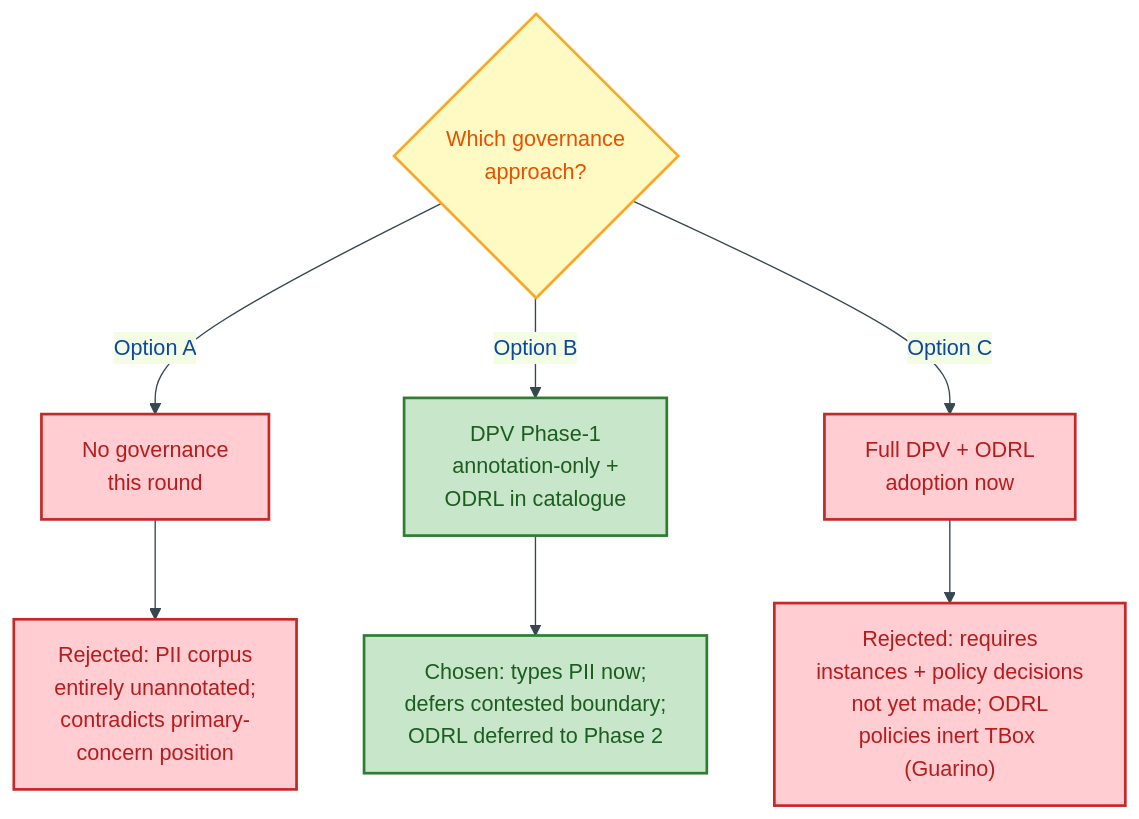
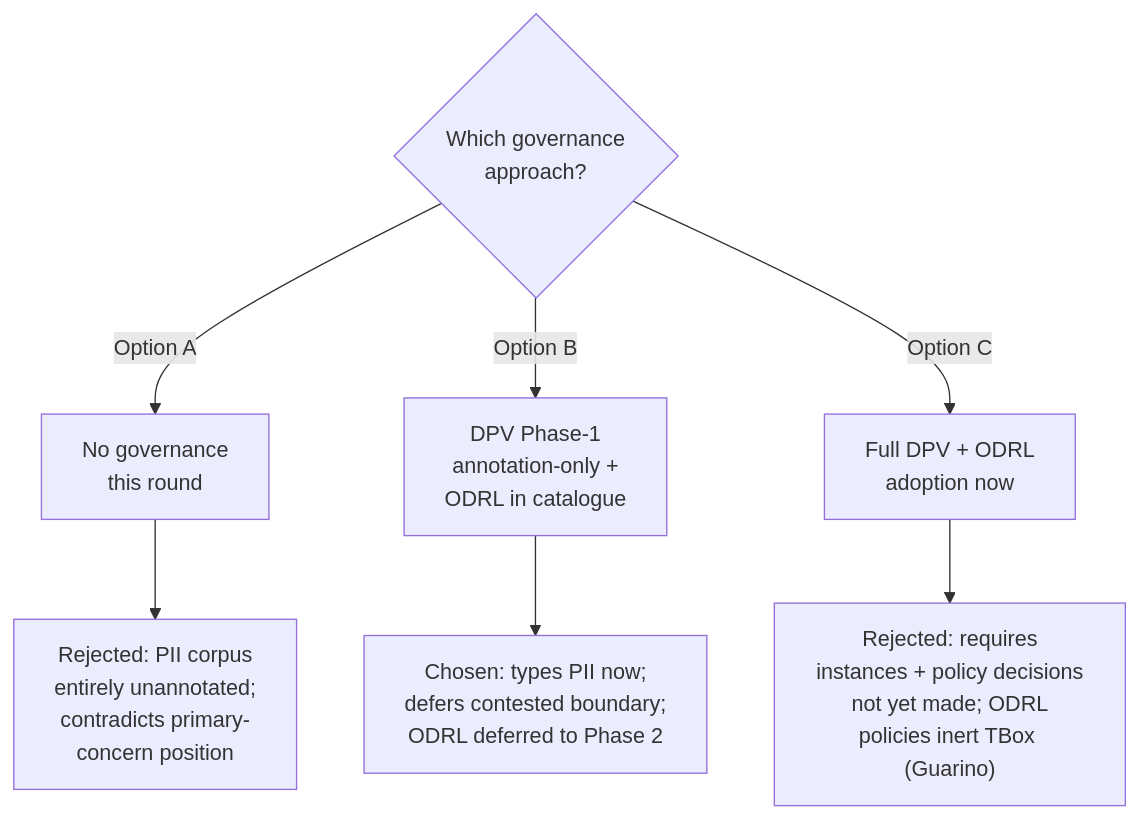
The third of 4 diagrams in docs/ontology/odr/ODR-0012-data-governance-layer.md (sparkling/opda), drawn with Mermaid before and after one commit. The commit also changed other lines of this file and 25 other files, not shown here.

````diff
--- a/docs/ontology/odr/ODR-0012-data-governance-layer.md
+++ b/docs/ontology/odr/ODR-0012-data-governance-layer.md
@@ -113,19 +103,14 @@
 ```mermaid
-%%{init:{"theme":"base","themeVariables":{"primaryColor":"#E3F2FD","primaryTextColor":"#0D47A1","primaryBorderColor":"#1565C0","lineColor":"#37474F"}}}%%
 flowchart TD
     accTitle: Governance layer options and chosen outcome
     accDescr: Three candidate approaches considered by the Council and the rationale for selecting DPV Phase-1 annotation-only.
-    classDef process fill:#E1F5FE,stroke:#0277BD,stroke-width:2px,color:#01579B
-    classDef decision fill:#FFF9C4,stroke:#F9A825,stroke-width:2px,color:#E65100
-    classDef output fill:#C8E6C9,stroke:#2E7D32,stroke-width:2px,color:#1B5E20
-    classDef rejected fill:#FFCDD2,stroke:#C62828,stroke-width:2px,color:#B71C1C
 
-    Q{"Which governance<br/>approach?"}:::decision
-    Q -->|"Option A"| A["No governance<br/>this round"]:::rejected
-    Q -->|"Option B"| B["DPV Phase-1<br/>annotation-only +<br/>ODRL in catalogue"]:::output
-    Q -->|"Option C"| C["Full DPV + ODRL<br/>adoption now"]:::rejected
+    Q{"Which governance<br/>approach?"}:::warning
+    Q -->|"Option A"| A["No governance<br/>this round"]:::error
+    Q -->|"Option B"| B["DPV Phase-1<br/>annotation-only +<br/>ODRL in catalogue"]:::success
+    Q -->|"Option C"| C["Full DPV + ODRL<br/>adoption now"]:::error
 
-    A --> AR["Rejected: PII corpus<br/>entirely unannotated;<br/>contradicts primary-<br/>concern position"]:::rejected
-    C --> CR["Rejected: requires<br/>instances + policy decisions<br/>not yet made; ODRL<br/>policies inert TBox (Guarino)"]:::rejected
-    B --> BR["Chosen: types PII now;<br/>defers contested boundary;<br/>ODRL deferred to Phase 2"]:::output
+    A --> AR["Rejected: PII corpus<br/>entirely unannotated;<br/>contradicts primary-<br/>concern position"]:::error
+    C --> CR["Rejected: requires<br/>instances + policy decisions<br/>not yet made; ODRL<br/>policies inert TBox (Guarino)"]:::error
+    B --> BR["Chosen: types PII now;<br/>defers contested boundary;<br/>ODRL deferred to Phase 2"]:::success
 ```
````
